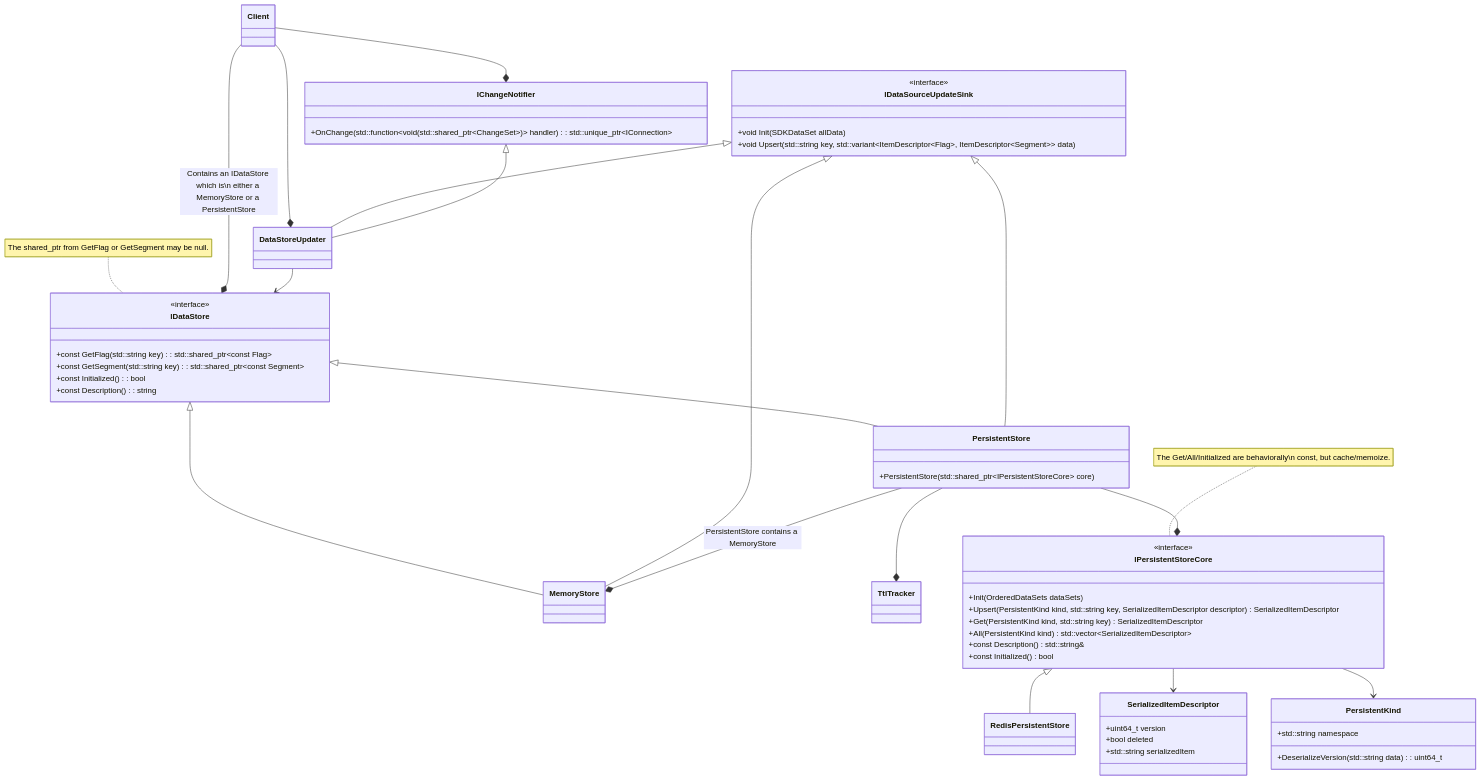
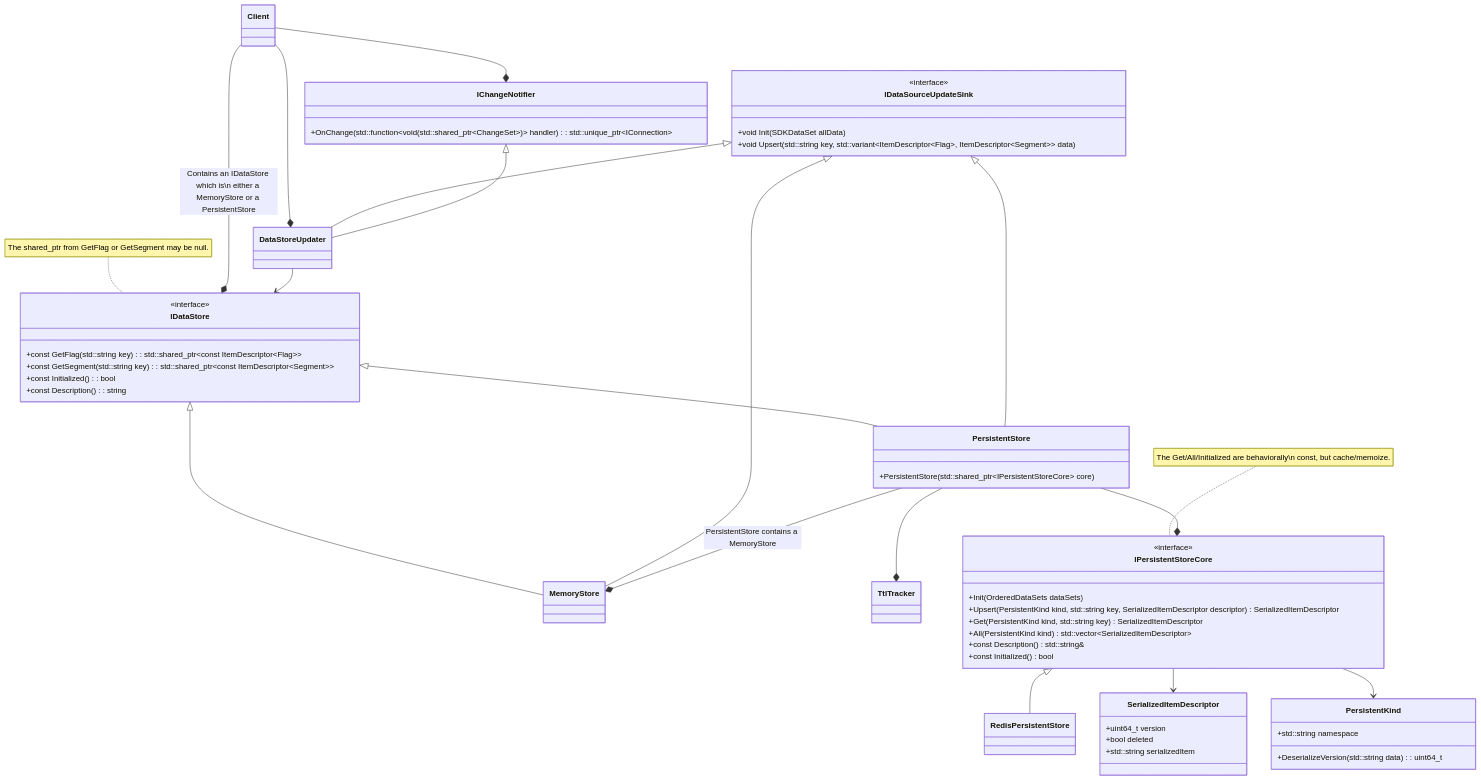
One commit to launchdarkly/cpp-sdks changed the diagram in architecture/server_store_arch.md. Above: the diagram before and after it, drawn with Mermaid.

Commit message:
Updates types for get methods on IDataStore.

```diff
--- a/architecture/server_store_arch.md
+++ b/architecture/server_store_arch.md
@@ -65,8 +65,8 @@
 
     class IDataStore{
         <<interface>>
-        +const GetFlag(std::string key): std::shared_ptr&lt;const Flag&gt 
-        +const GetSegment(std::string key): std::shared_ptr&lt;const Segment&gt
+        +const GetFlag(std::string key): std::shared_ptr&lt;const ItemDescriptor&lt;Flag&gt;&gt 
+        +const GetSegment(std::string key): std::shared_ptr&lt;const ItemDescriptor&lt;Segment&gt;&gt
         +const Initialized(): bool
         +const Description(): string
     }
```
